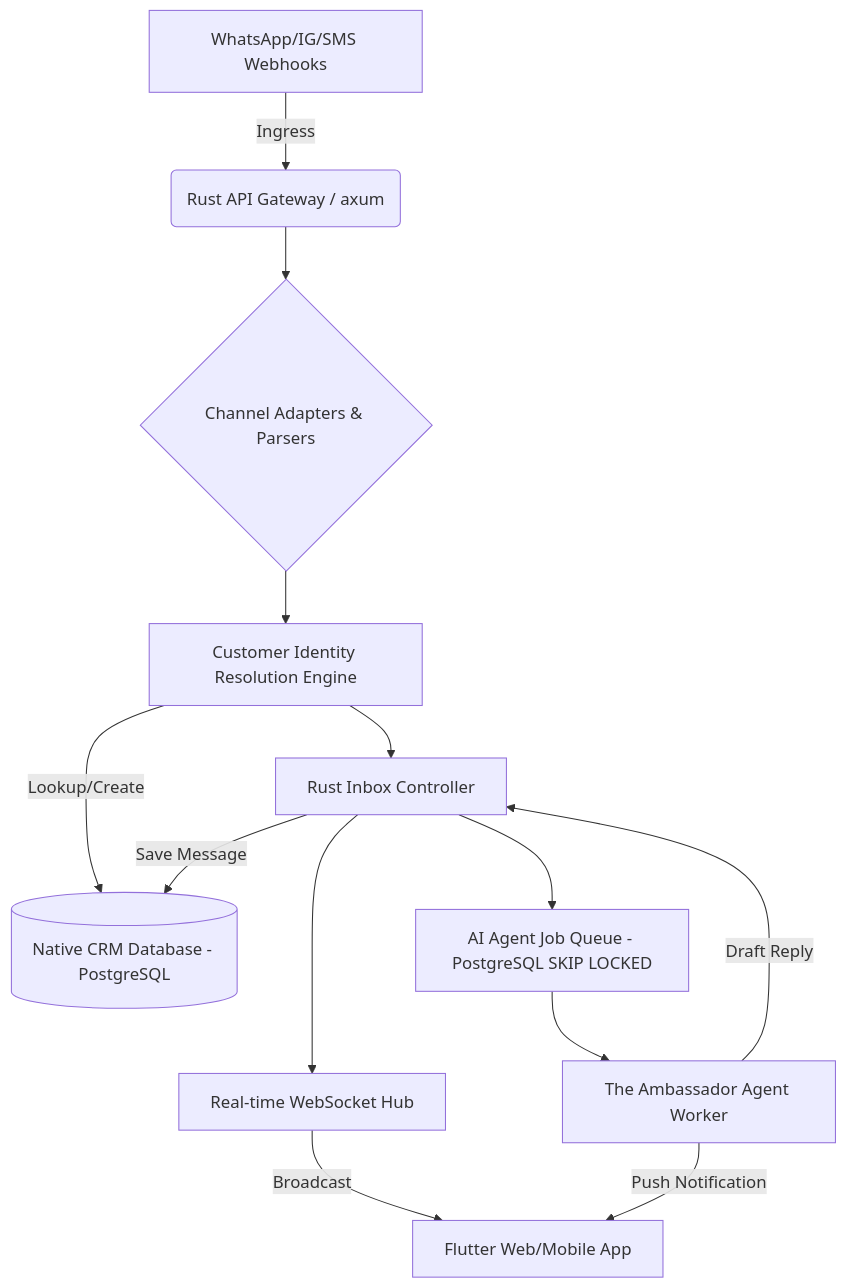
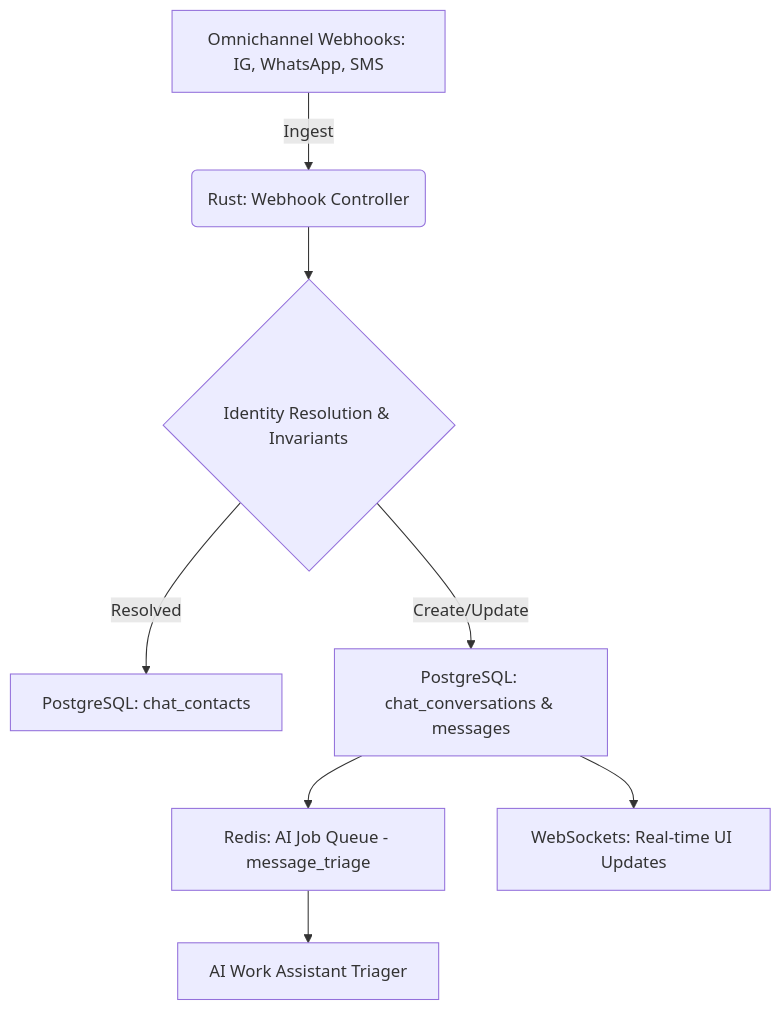
Before and after one commit to omnisolo-llc/onehumancorp: the diagram in .agent-task/report/task_output.md, drawn with Mermaid. The commit also changed other lines of this file, not shown here.

Commit message:
Scout: Tool Integration Research - Native Rust Omnichannel Chat System

````diff
--- a/.agent-task/report/task_output.md
+++ b/.agent-task/report/task_output.md
@@ -17,15 +15,10 @@
-  ```mermaid
-  graph TD
-      A[WhatsApp/IG/SMS Webhooks] -->|Ingress| B(Rust API Gateway / axum)
-      B --> C{Channel Adapters & Parsers}
-      C --> D[Customer Identity Resolution Engine]
-      D -->|Lookup/Create| E[(Native CRM Database - PostgreSQL)]
-      D --> F[Rust Inbox Controller]
-      F -->|Save Message| E
-      F --> G[Real-time WebSocket Hub]
-      G -->|Broadcast| H[Flutter Web/Mobile App]
-      F --> I[AI Agent Job Queue - PostgreSQL SKIP LOCKED]
-      I --> J[The Ambassador Agent Worker]
-      J -->|Draft Reply| F
-      J -->|Push Notification| H
-  ```
+    ```mermaid
+    graph TD
+      A[Omnichannel Webhooks: IG, WhatsApp, SMS] -->|Ingest| B(Rust: Webhook Controller)
+      B --> C{Identity Resolution & Invariants}
+      C -->|Resolved| D[PostgreSQL: chat_contacts]
+      C -->|Create/Update| E[PostgreSQL: chat_conversations & messages]
+      E --> F[Redis: AI Job Queue - message_triage]
+      E --> G[WebSockets: Real-time UI Updates]
+      F --> H[AI Work Assistant Triager]
+    ```
````
